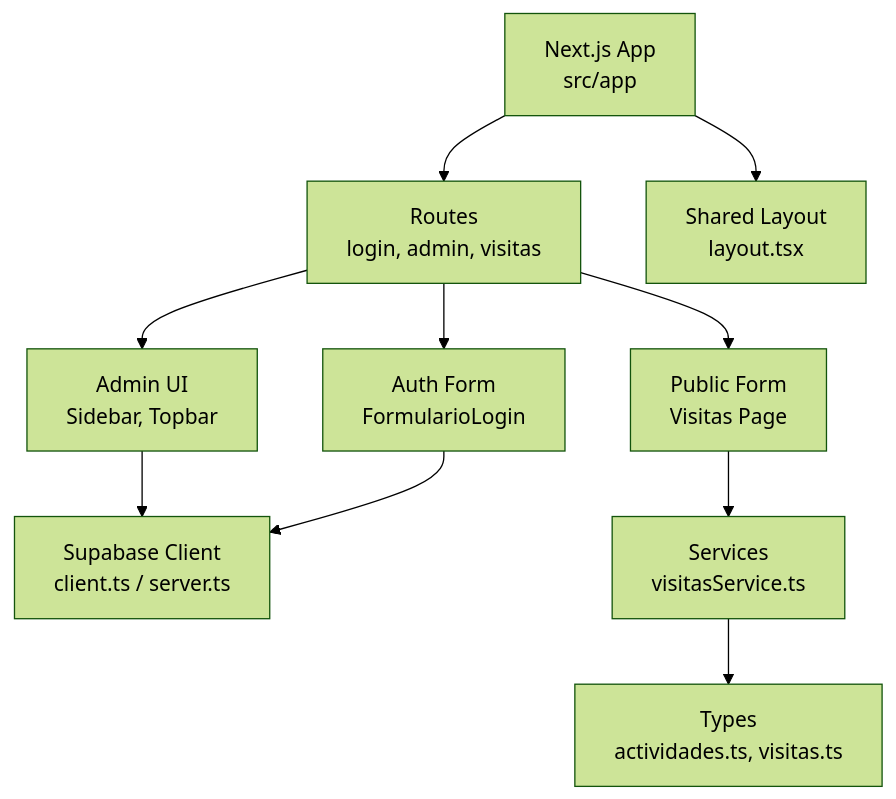
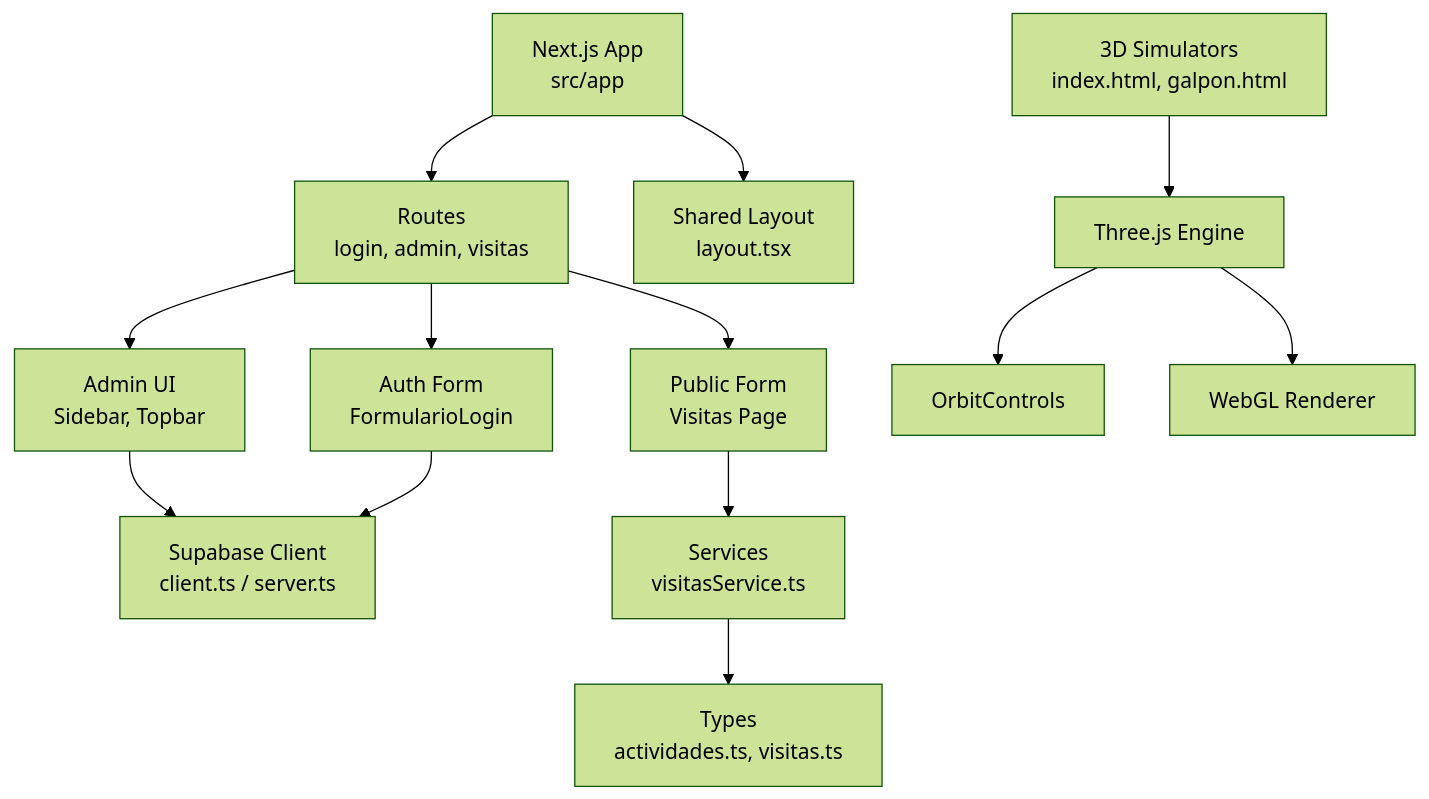
One commit to AgusCatra/simu-twin-web changed the first of 9 diagrams in .qoder/repowiki/en/content/Core Services & Business Logic/3D Cockpit Simulation.md. Above: the diagram before and after it, drawn with Mermaid (forest theme). The commit also changed other lines of this file and 18 other files, not shown here.

Commit message:
docs: add repowiki documentation for the Galpón SCADA Simulator Digital Twin and architecture design

````diff
--- a/.qoder/repowiki/en/content/Core Services & Business Logic/3D Cockpit Simulation.md
+++ b/.qoder/repowiki/en/content/Core Services & Business Logic/3D Cockpit Simulation.md
@@ -43,12 +57,15 @@
 ```mermaid
 graph TB
 A["Next.js App<br/>src/app"] --> B["Routes<br/>login, admin, visitas"]
 A --> C["Shared Layout<br/>layout.tsx"]
 B --> D["Admin UI<br/>Sidebar, Topbar"]
 B --> E["Auth Form<br/>FormularioLogin"]
 B --> F["Public Form<br/>Visitas Page"]
 D --> G["Supabase Client<br/>client.ts / server.ts"]
 E --> G
 F --> H["Services<br/>visitasService.ts"]
 H --> I["Types<br/>actividades.ts, visitas.ts"]
+J["3D Simulators<br/>index.html, galpon.html"] --> K["Three.js Engine"]
+K --> L["OrbitControls"]
+K --> M["WebGL Renderer"]
 ```
````
